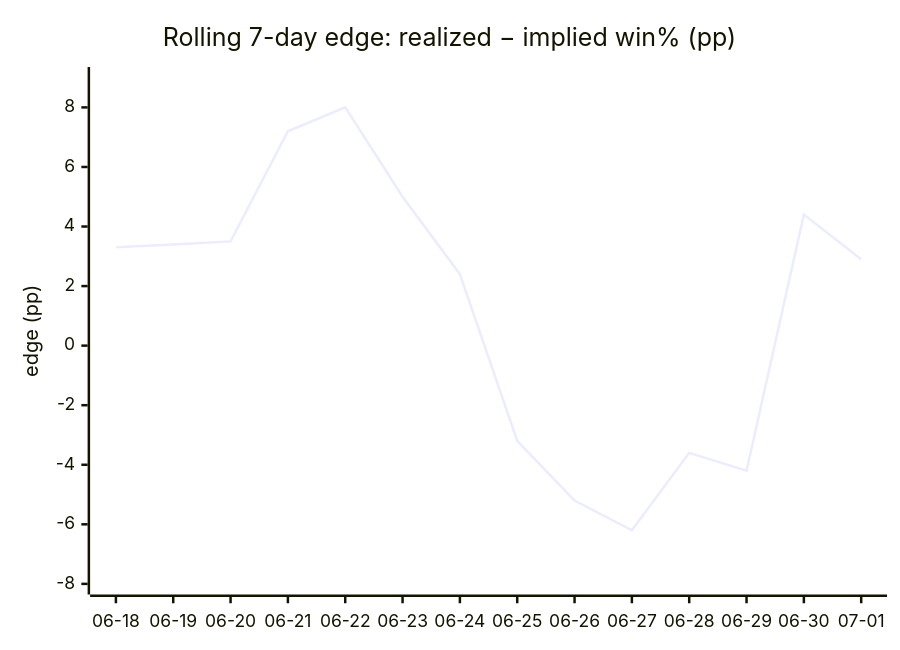
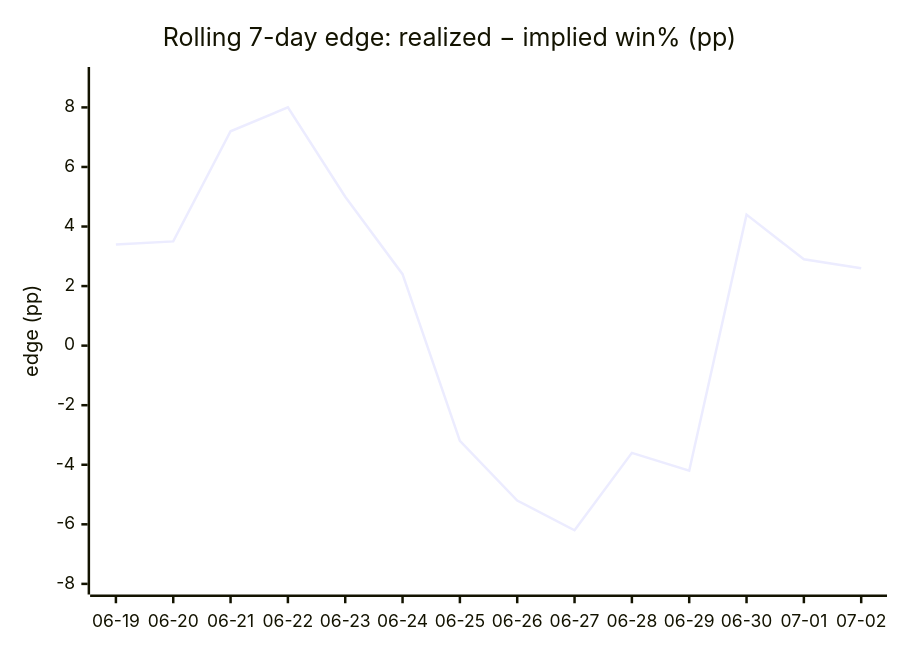
Before and after one commit to dpk1212/nhl-savant: the fifth of 5 diagrams in DAILY_AGSU_REPORT.md, drawn with Mermaid. The commit also changed other lines of this file, not shown here.

````diff
--- a/DAILY_AGSU_REPORT.md
+++ b/DAILY_AGSU_REPORT.md
@@ -536,7 +544,7 @@
 ```mermaid
 xychart-beta
     title "Rolling 7-day edge: realized − implied win% (pp)"
-    x-axis ["06-18", "06-19", "06-20", "06-21", "06-22", "06-23", "06-24", "06-25", "06-26", "06-27", "06-28", "06-29", "06-30", "07-01"]
+    x-axis ["06-19", "06-20", "06-21", "06-22", "06-23", "06-24", "06-25", "06-26", "06-27", "06-28", "06-29", "06-30", "07-01", "07-02"]
     y-axis "edge (pp)" -8 --> 9
-    line [3.3, 3.4, 3.5, 7.2, 8, 5, 2.4, -3.2, -5.2, -6.2, -3.6, -4.2, 4.4, 2.9]
+    line [3.4, 3.5, 7.2, 8, 5, 2.4, -3.2, -5.2, -6.2, -3.6, -4.2, 4.4, 2.9, 2.6]
 ```
````
